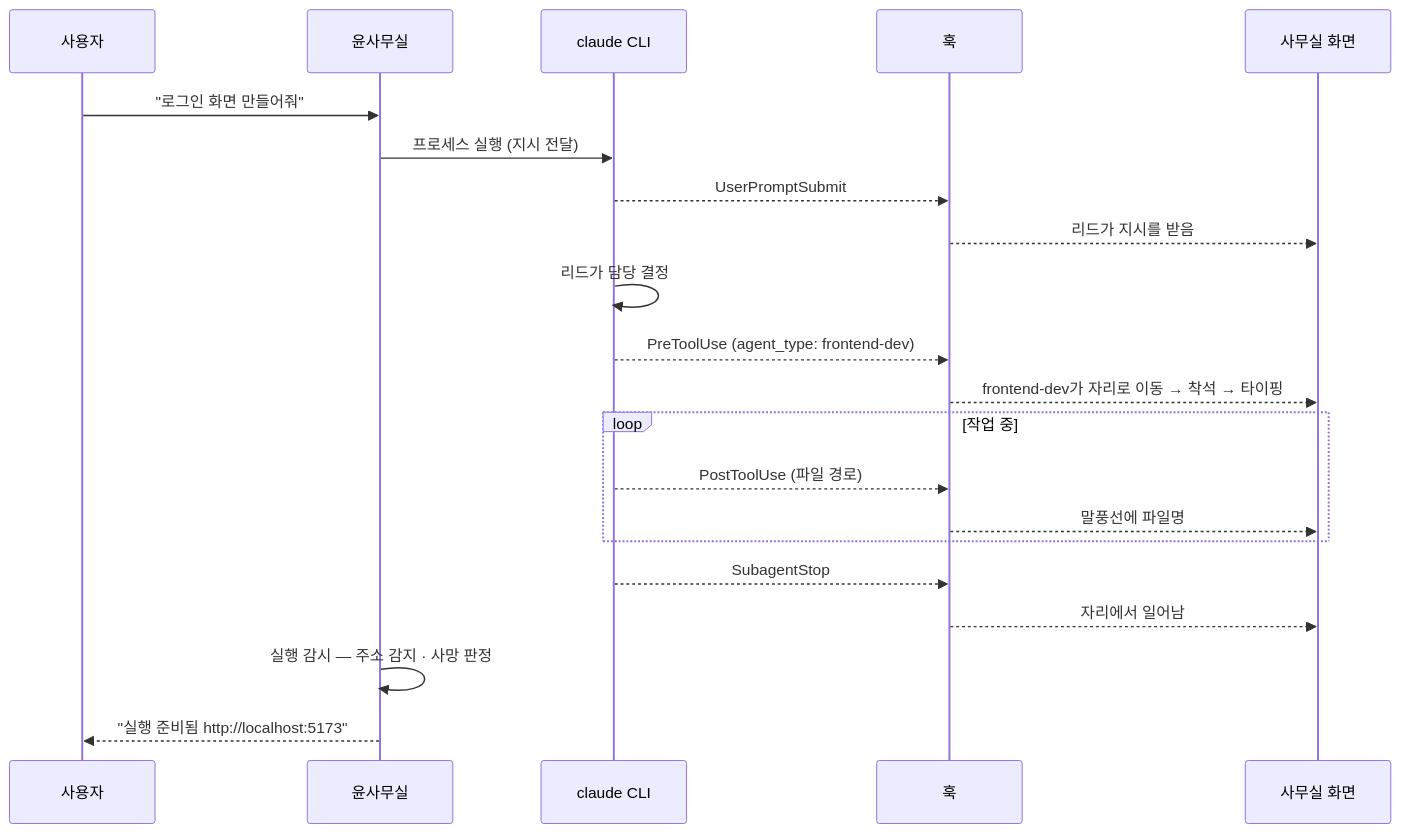
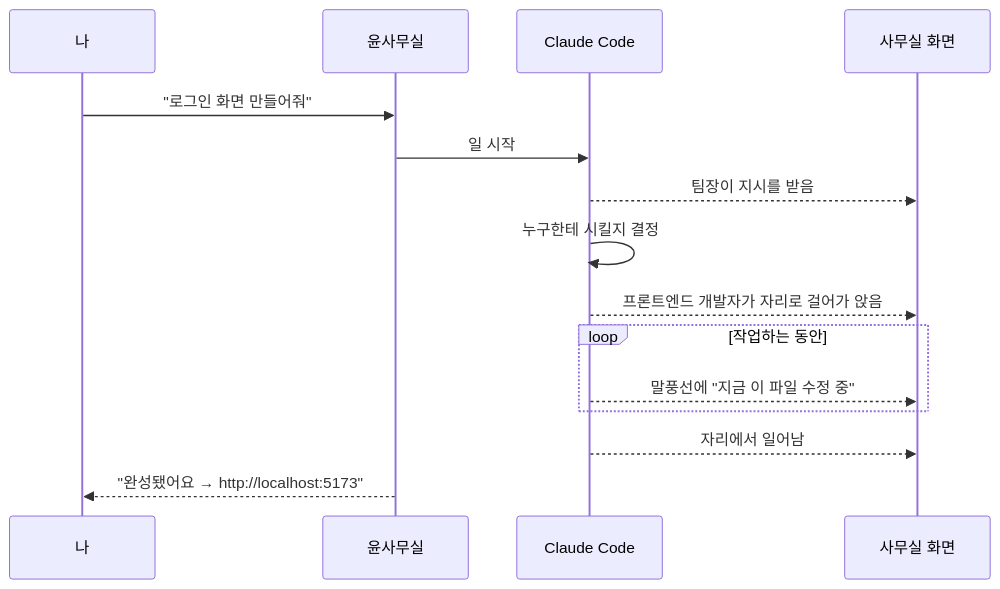
The second of 3 diagrams in docs/portfolio/02-동작-흐름.md (yjh-dev/PROJECT-TEAM_VIEW), drawn with Mermaid before and after one commit. The commit also changed other lines of this file and 2 other files, not shown here.

````diff
--- a/docs/portfolio/02-동작-흐름.md
+++ b/docs/portfolio/02-동작-흐름.md
@@ -89,27 +54,21 @@
 ```mermaid
 sequenceDiagram
-    participant U as 사용자
+    participant U as 나
     participant App as 윤사무실
-    participant CC as claude CLI
-    participant Hook as 훅
+    participant AI as Claude Code
     participant UI as 사무실 화면
 
     U->>App: "로그인 화면 만들어줘"
-    App->>CC: 프로세스 실행 (지시 전달)
-    CC-->>Hook: UserPromptSubmit
-    Hook-->>UI: 리드가 지시를 받음
+    App->>AI: 일 시작
+    AI-->>UI: 팀장이 지시를 받음
 
-    CC->>CC: 리드가 담당 결정
-    CC-->>Hook: PreToolUse (agent_type: frontend-dev)
-    Hook-->>UI: frontend-dev가 자리로 이동 → 착석 → 타이핑
+    AI->>AI: 누구한테 시킬지 결정
+    AI-->>UI: 프론트엔드 개발자가 자리로 걸어가 앉음
 
-    loop 작업 중
-      CC-->>Hook: PostToolUse (파일 경로)
-      Hook-->>UI: 말풍선에 파일명
+    loop 작업하는 동안
+      AI-->>UI: 말풍선에 "지금 이 파일 수정 중"
     end
 
-    CC-->>Hook: SubagentStop
-    Hook-->>UI: 자리에서 일어남
-    App->>App: 실행 감시 — 주소 감지 · 사망 판정
-    App-->>U: "실행 준비됨 http://localhost:5173"
+    AI-->>UI: 자리에서 일어남
+    App-->>U: "완성됐어요 → http://localhost:5173"
 ```
````
